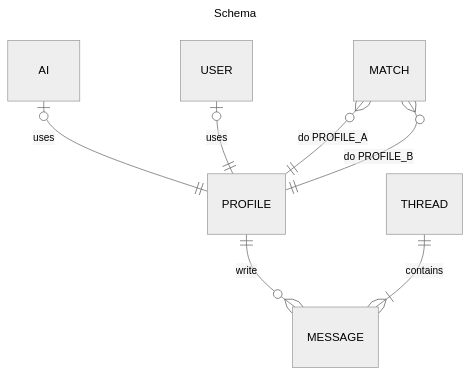
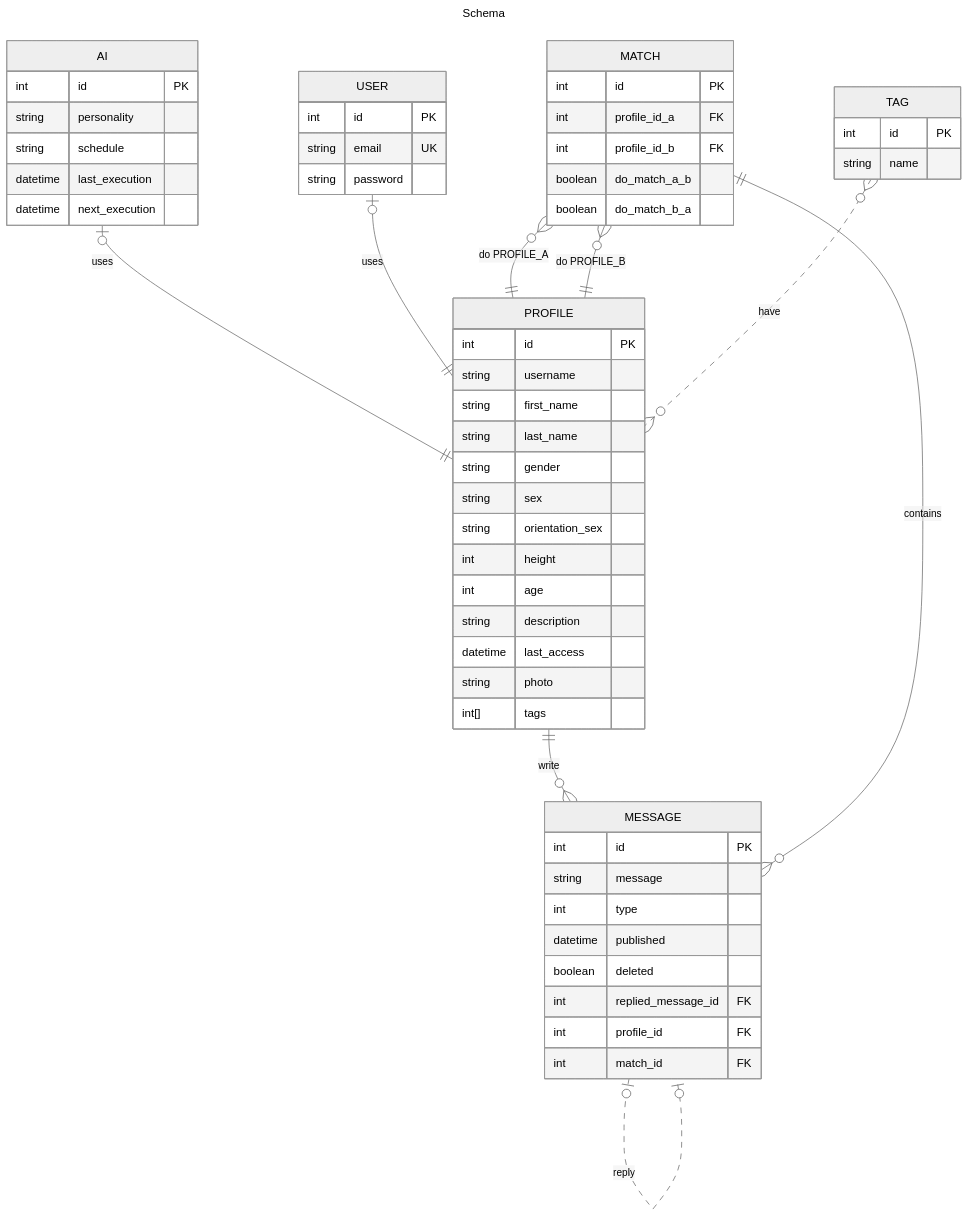
One commit to MaribelSR/tAInder changed the diagram in docs/schema.md. Above: the diagram before and after it, drawn with Mermaid (neutral theme).

Commit message:
docs: First schema version

````diff
--- a/docs/schema.md
+++ b/docs/schema.md
@@ -1,13 +1,68 @@
 ```mermaid
 ---
 title: Schema
 ---
 erDiagram
     PROFILE ||--o{ MESSAGE : write
-    THREAD ||--|{ MESSAGE : contains
+    MESSAGE |o..o| MESSAGE : reply
     AI |o--|| PROFILE : uses
     USER |o--|| PROFILE : uses
     MATCH }o--|| PROFILE : "do PROFILE_A"
     MATCH }o--|| PROFILE : "do PROFILE_B"
+    MATCH ||--o{ MESSAGE : contains
+    TAG }o..o{ PROFILE : have
 
+    PROFILE {
+        int id PK
+        string username
+        string first_name
+        string last_name
+        string gender
+        string sex
+        string orientation_sex
+        int height
+        int age
+        string description
+        datetime last_access
+        string photo
+        int[] tags
+    }
+
+    USER {
+        int id PK
+        string email UK
+        string password
+    }
+
+    AI {
+        int id PK
+        string personality
+        string schedule
+        datetime last_execution
+        datetime next_execution
+    }
+    
+    MATCH {
+        int id PK
+        int profile_id_a FK
+        int profile_id_b FK
+        boolean do_match_a_b
+        boolean do_match_b_a
+    }
+
+    MESSAGE {
+        int id PK
+        string message
+        int type
+        datetime published
+        boolean deleted
+        int replied_message_id FK 
+        int profile_id FK
+        int match_id FK
+    }
+    
+    TAG {
+        int id PK
+        string name
+    }
 ```
````
